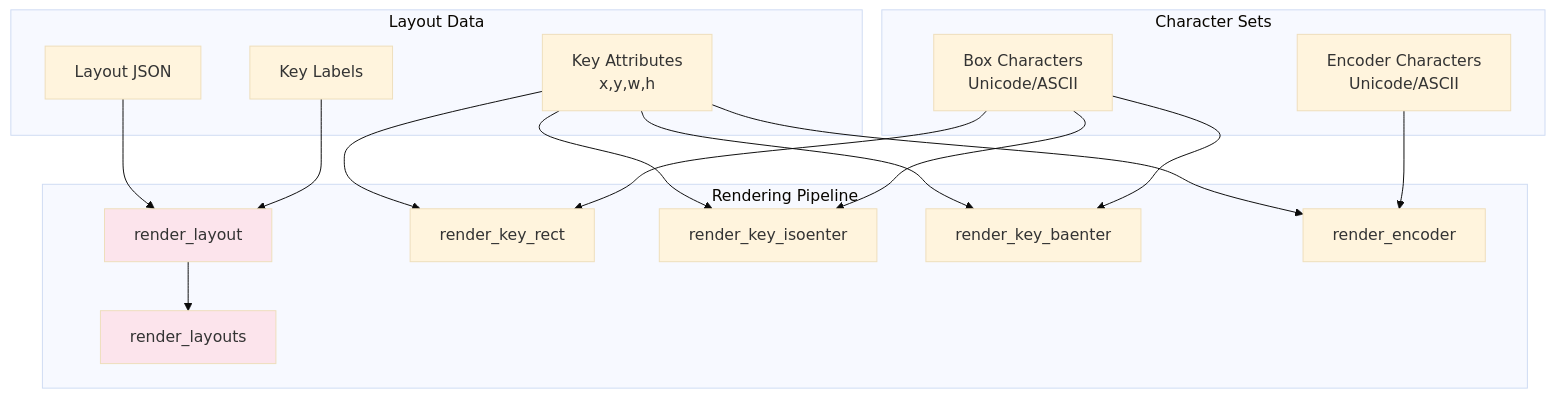
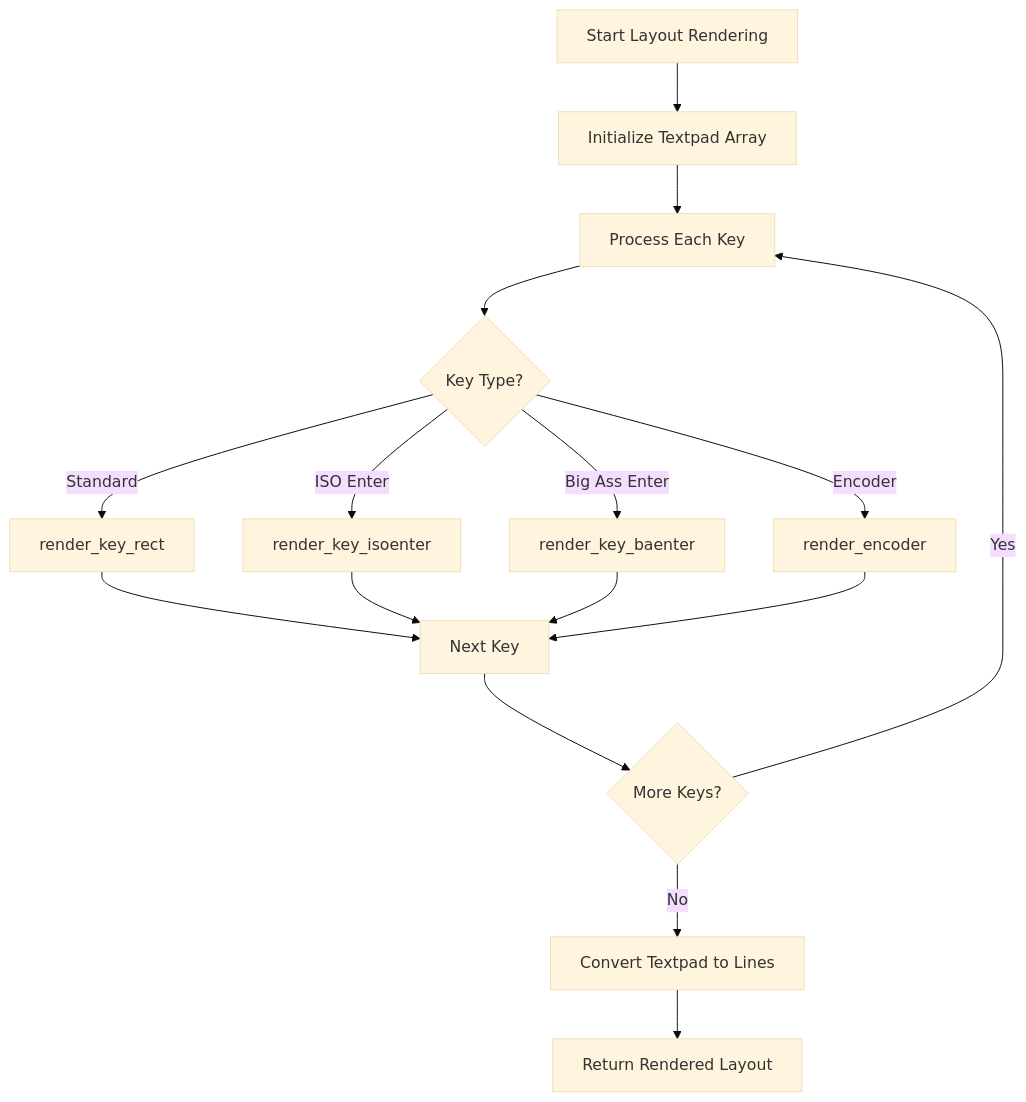
The fourth of 6 diagrams in docs/qmk--qmk_firmware-docs/keyboard.md (FSoft-AI4Code/codewiki-demo), drawn with Mermaid (base theme) before and after one commit. The commit also changed other lines of this file and 1103 other files, not shown here.

````diff
--- a/docs/qmk--qmk_firmware-docs/keyboard.md
+++ b/docs/qmk--qmk_firmware-docs/keyboard.md
@@ -203,39 +137,21 @@
 ```mermaid
-graph TB
-    subgraph "Rendering Pipeline"
-        RL[render_layout]
-        RLS[render_layouts]
-        RK[render_key_rect]
-        RIE[render_key_isoenter]
-        RBE[render_key_baenter]
-        RE[render_encoder]
-    end
+flowchart TD
+    Start[Start Layout Rendering] --> Initialize[Initialize Textpad Array]
+    Initialize --> ProcessKeys[Process Each Key]
     
-    subgraph "Character Sets"
-        BC[Box Characters<br/>Unicode/ASCII]
-        EC[Encoder Characters<br/>Unicode/ASCII]
-    end
+    ProcessKeys --> KeyType{Key Type?}
+    KeyType -->|Standard| RenderRect[render_key_rect]
+    KeyType -->|ISO Enter| RenderISO[render_key_isoenter]
+    KeyType -->|Big Ass Enter| RenderBA[render_key_baenter]
+    KeyType -->|Encoder| RenderEnc[render_encoder]
     
-    subgraph "Layout Data"
-        LD[Layout JSON]
-        KL[Key Labels]
-        KA[Key Attributes<br/>x,y,w,h]
-    end
+    RenderRect --> NextKey[Next Key]
+    RenderISO --> NextKey
+    RenderBA --> NextKey
+    RenderEnc --> NextKey
     
-    LD --> RL
-    KL --> RL
-    KA --> RK
-    KA --> RIE
-    KA --> RBE
-    KA --> RE
-    
-    BC --> RK
-    BC --> RIE
-    BC --> RBE
-    EC --> RE
-    
-    RL --> RLS
-    
-    style RL fill:#fce4ec
-    style RLS fill:#fce4ec
+    NextKey --> MoreKeys{More Keys?}
+    MoreKeys -->|Yes| ProcessKeys
+    MoreKeys -->|No| ConvertLines[Convert Textpad to Lines]
+    ConvertLines --> ReturnResult[Return Rendered Layout]
 ```
````
